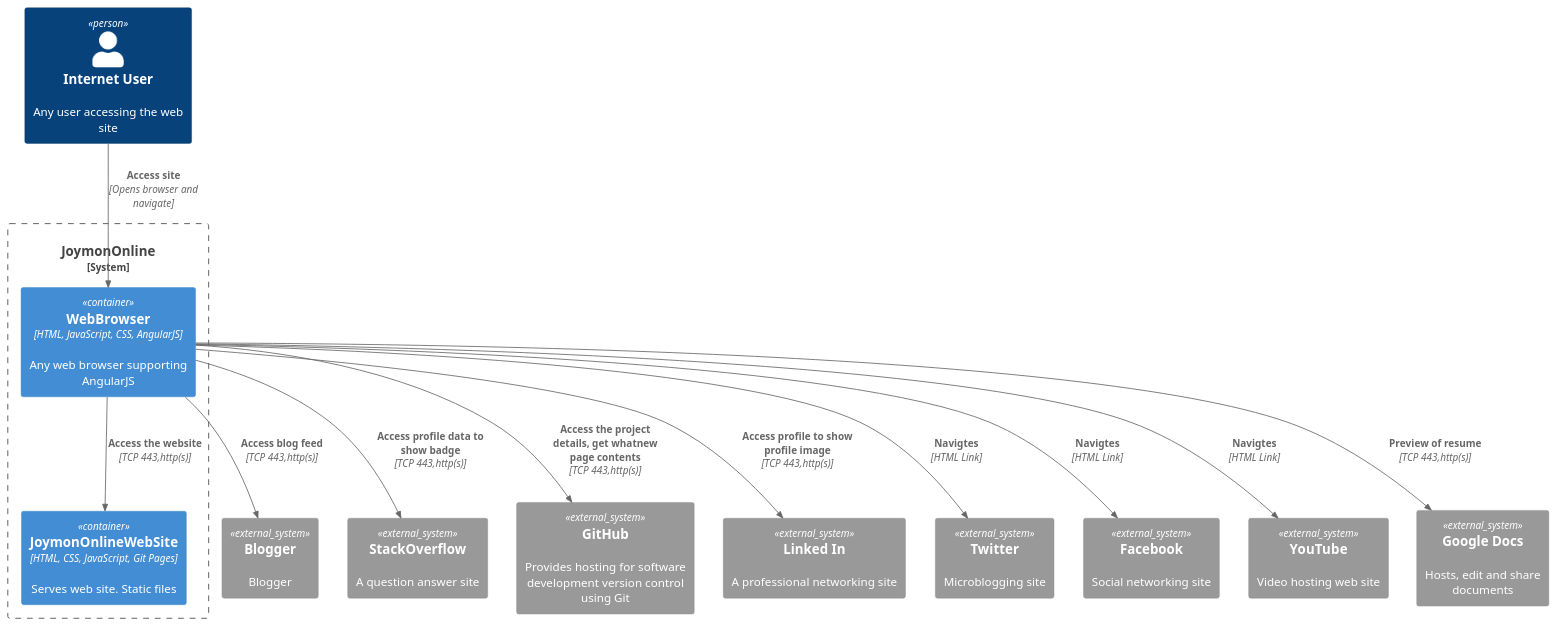
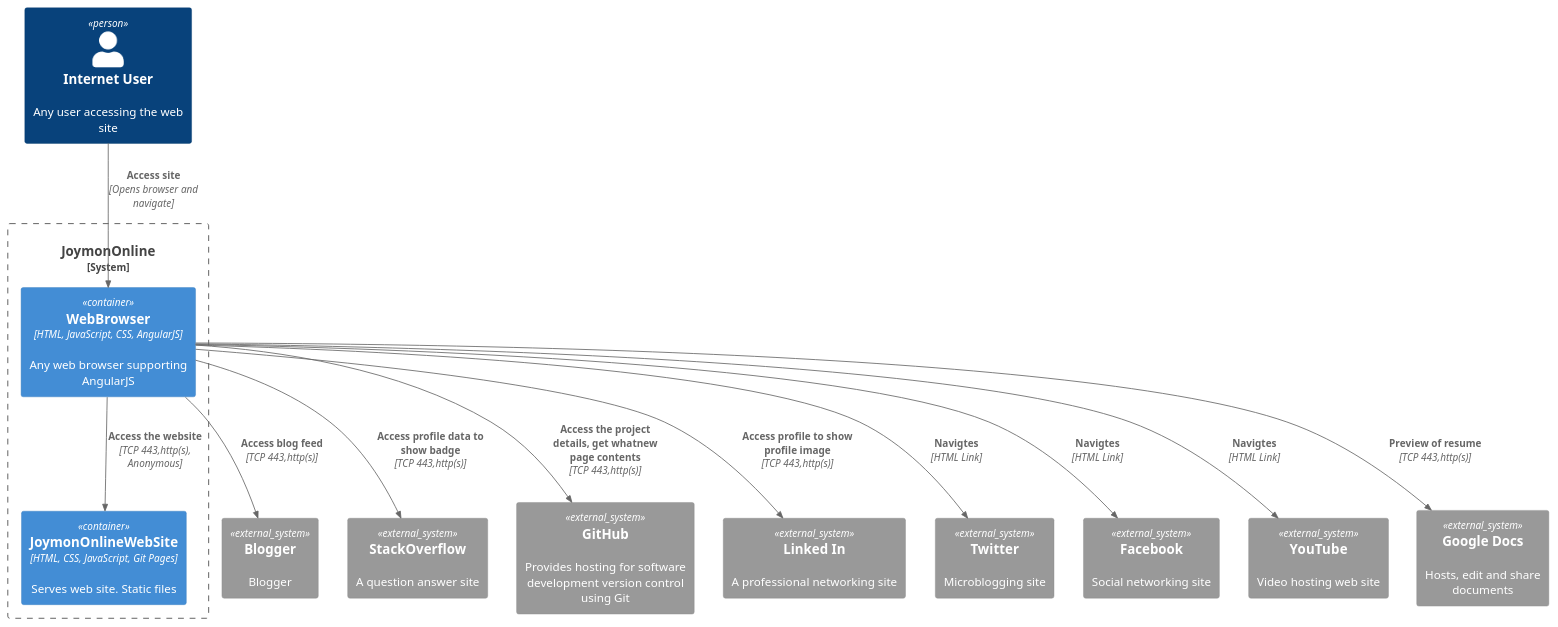
Before and after one commit to joymon/Demo-ASPNetIntergationTest: the diagram in diagrams/container.puml, drawn with PlantUML.

```diff
--- a/diagrams/container.puml
+++ b/diagrams/container.puml
@@ -1,28 +1,28 @@
 @startuml C4_Elements
 !includeurl https://raw.githubusercontent.com/RicardoNiepel/C4-PlantUML/release/1-0/C4_Container.puml
 
 Person(personAlias, "Internet User", "Any user accessing the web site")
 System_Boundary(joymononline, "JoymonOnline"){
     Container(browser,"WebBrowser","HTML, JavaScript, CSS, AngularJS","Any web browser supporting AngularJS")
     Container(joymonOnlineWebSite, "JoymonOnlineWebSite", "HTML, CSS, JavaScript, Git Pages", "Serves web site. Static files")
-    Rel(browser,joymonOnlineWebSite,"Access the website","TCP 443,http(s)")
+    Rel(browser,joymonOnlineWebSite,"Access the website","TCP 443,http(s), Anonymous")
 }
 
 System_Ext(blogger,"Blogger","Blogger")
 System_Ext(stackOverflow,"StackOverflow","A question answer site")
 System_Ext(github,"GitHub","Provides hosting for software development version control using Git")
 System_Ext(linkedIn,"Linked In","A professional networking site")
 System_Ext(twitter,"Twitter","Microblogging site")
 System_Ext(facebook,"Facebook","Social networking site")
 System_Ext(youtube,"YouTube","Video hosting web site")
 System_Ext(googleDocs,"Google Docs","Hosts, edit and share documents")
 Rel(browser,blogger,"Access blog feed","TCP 443,http(s)")
 Rel(browser,stackOverflow,"Access profile data to show badge","TCP 443,http(s)")
 Rel(personAlias, browser, "Access site", "Opens browser and navigate")
 Rel(browser,github,"Access the project details, get whatnew page contents","TCP 443,http(s)")
 Rel(browser,linkedIn,"Access profile to show profile image","TCP 443,http(s)")
 Rel(browser,twitter,"Navigtes","HTML Link")
 Rel(browser,facebook,"Navigtes","HTML Link")
 Rel(browser,youtube,"Navigtes","HTML Link")
 Rel(browser,googleDocs,"Preview of resume","TCP 443,http(s)")
 @enduml
```
